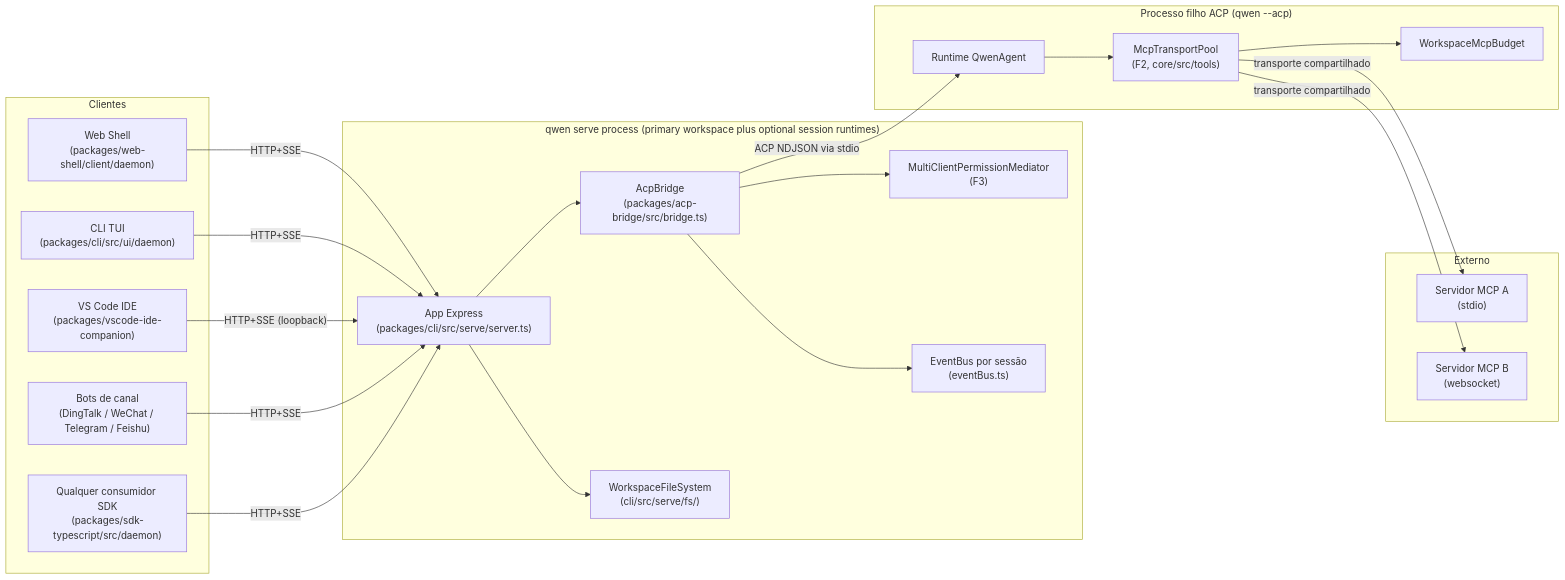
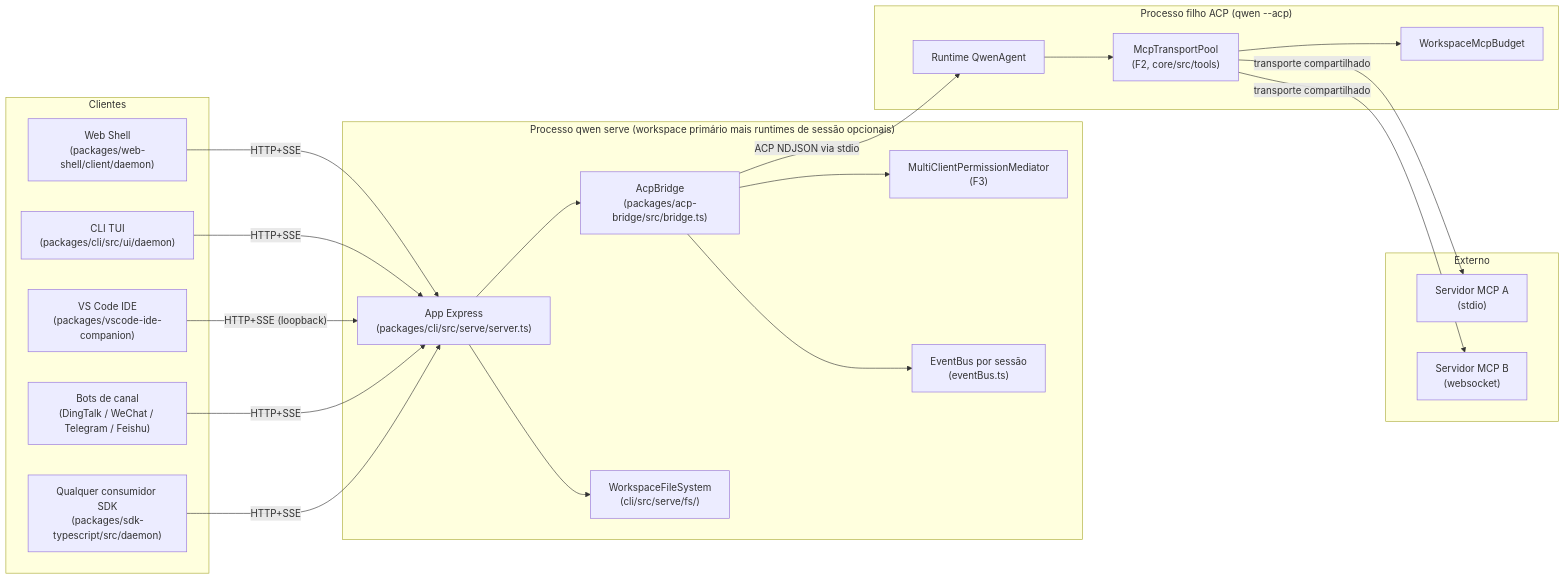
One commit to QwenLM/qwen-code-docs changed the first of 7 diagrams in website/content/pt-BR/developers/daemon/01-architecture.md. Above: the diagram before and after it, drawn with Mermaid. The commit also changed other lines of this file and 168 other files, not shown here.

````diff
--- a/website/content/pt-BR/developers/daemon/01-architecture.md
+++ b/website/content/pt-BR/developers/daemon/01-architecture.md
@@ -13,46 +13,46 @@
 ```mermaid
 flowchart LR
     subgraph clients["Clientes"]
         WUI["Web Shell<br/>(packages/web-shell/client/daemon)"]
         TUI["CLI TUI<br/>(packages/cli/src/ui/daemon)"]
         IDE["VS Code IDE<br/>(packages/vscode-ide-companion)"]
         CH["Bots de canal<br/>(DingTalk / WeChat / Telegram / Feishu)"]
         SDK["Qualquer consumidor SDK<br/>(packages/sdk-typescript/src/daemon)"]
     end
 
-    subgraph daemon["qwen serve process (primary workspace plus optional session runtimes)"]
+    subgraph daemon["Processo qwen serve (workspace primário mais runtimes de sessão opcionais)"]
         EXP["App Express<br/>(packages/cli/src/serve/server.ts)"]
         BR["AcpBridge<br/>(packages/acp-bridge/src/bridge.ts)"]
         MED["MultiClientPermissionMediator<br/>(F3)"]
         EB["EventBus por sessão<br/>(eventBus.ts)"]
         FS["WorkspaceFileSystem<br/>(cli/src/serve/fs/)"]
     end
 
     subgraph child["Processo filho ACP (qwen --acp)"]
         AGT["Runtime QwenAgent"]
         POOL["McpTransportPool<br/>(F2, core/src/tools)"]
         BDG["WorkspaceMcpBudget"]
     end
 
     subgraph external["Externo"]
         MCP1["Servidor MCP A<br/>(stdio)"]
         MCP2["Servidor MCP B<br/>(websocket)"]
     end
 
     WUI -- "HTTP+SSE" --> EXP
     TUI -- "HTTP+SSE" --> EXP
     IDE -- "HTTP+SSE (loopback)" --> EXP
     CH -- "HTTP+SSE" --> EXP
     SDK -- "HTTP+SSE" --> EXP
 
     EXP --> BR
     BR --> MED
     BR --> EB
     EXP --> FS
 
     BR -- "ACP NDJSON via stdio" --> AGT
     AGT --> POOL
     POOL --> BDG
     POOL -- "transporte compartilhado" --> MCP1
     POOL -- "transporte compartilhado" --> MCP2
 ```
````
